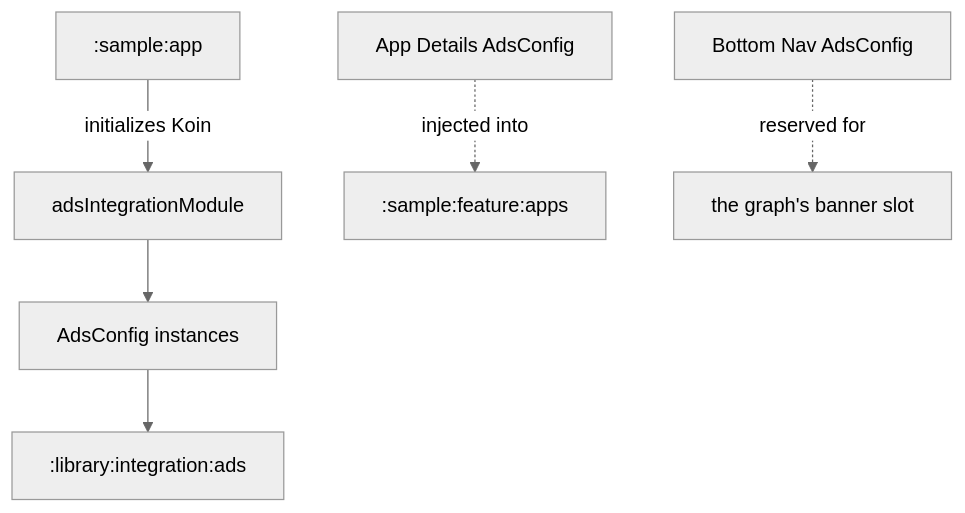
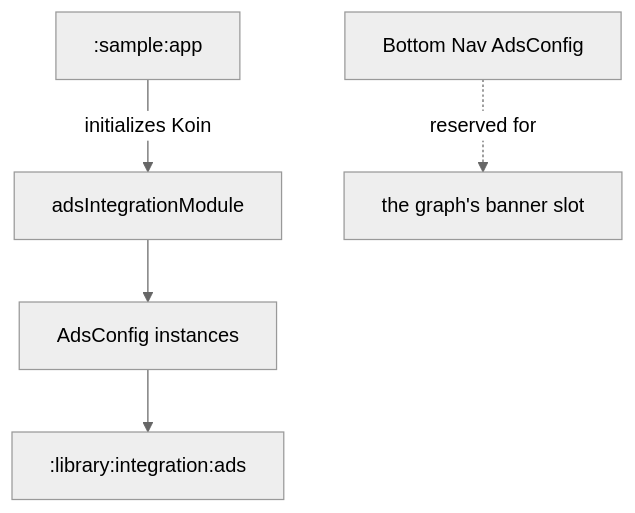
Before and after one commit to MihaiCristianCondrea/App-Toolkit-for-Android: the diagram in sample/integration/ads/README.md, drawn with Mermaid (neutral theme). The commit also changed other lines of this file and 24 other files, not shown here.

Commit message:
Fix More apps lifecycle and visibility, remove promotion ads, and enable develop CI

````diff
--- a/sample/integration/ads/README.md
+++ b/sample/integration/ads/README.md
@@ -32,8 +31,7 @@
 ```mermaid
 flowchart TD
     App[":sample:app"] -->|initializes Koin| Module[adsIntegrationModule]
     Module --> Configs[AdsConfig instances]
-    Config1[App Details AdsConfig] -.->|injected into| FeatureApps[":sample:feature:apps"]
     Config2[Bottom Nav AdsConfig] -.->|reserved for| Banner["the graph's banner slot"]
     Configs --> ToolkitAds[":library:integration:ads"]
 ```
````
